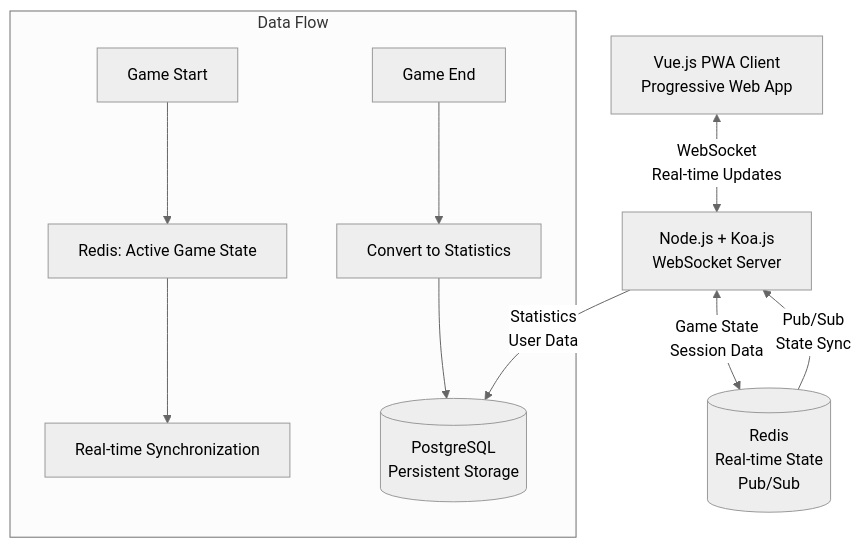
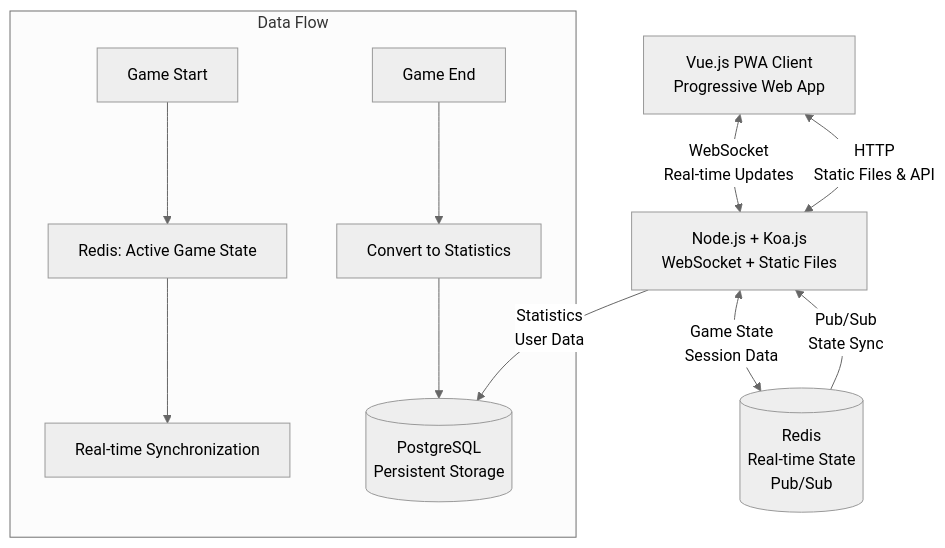
Before and after one commit to alexmakeev/bomberman: the first of 2 diagrams in docs/tech-stack.md, drawn with Mermaid (neutral theme). The commit also changed other lines of this file and 2 other files, not shown here.

````diff
--- a/docs/tech-stack.md
+++ b/docs/tech-stack.md
@@ -14,19 +14,20 @@
 ```mermaid
 graph TB
     Client[Vue.js PWA Client<br/>Progressive Web App]
-    Server[Node.js + Koa.js<br/>WebSocket Server]
+    Server[Node.js + Koa.js<br/>WebSocket + Static Files]
     Redis[(Redis<br/>Real-time State<br/>Pub/Sub)]
     PostgreSQL[(PostgreSQL<br/>Persistent Storage)]
     
     Client <-->|WebSocket<br/>Real-time Updates| Server
+    Client <-->|HTTP<br/>Static Files & API| Server
     Server <-->|Game State<br/>Session Data| Redis
     Server -->|Statistics<br/>User Data| PostgreSQL
     Redis -->|Pub/Sub<br/>State Sync| Server
     
     subgraph "Data Flow"
         GameStart[Game Start] --> RedisState[Redis: Active Game State]
         RedisState --> RealTimeSync[Real-time Synchronization]
         GameEnd[Game End] --> StateToStats[Convert to Statistics]
         StateToStats --> PostgreSQL
     end
 ```
````
